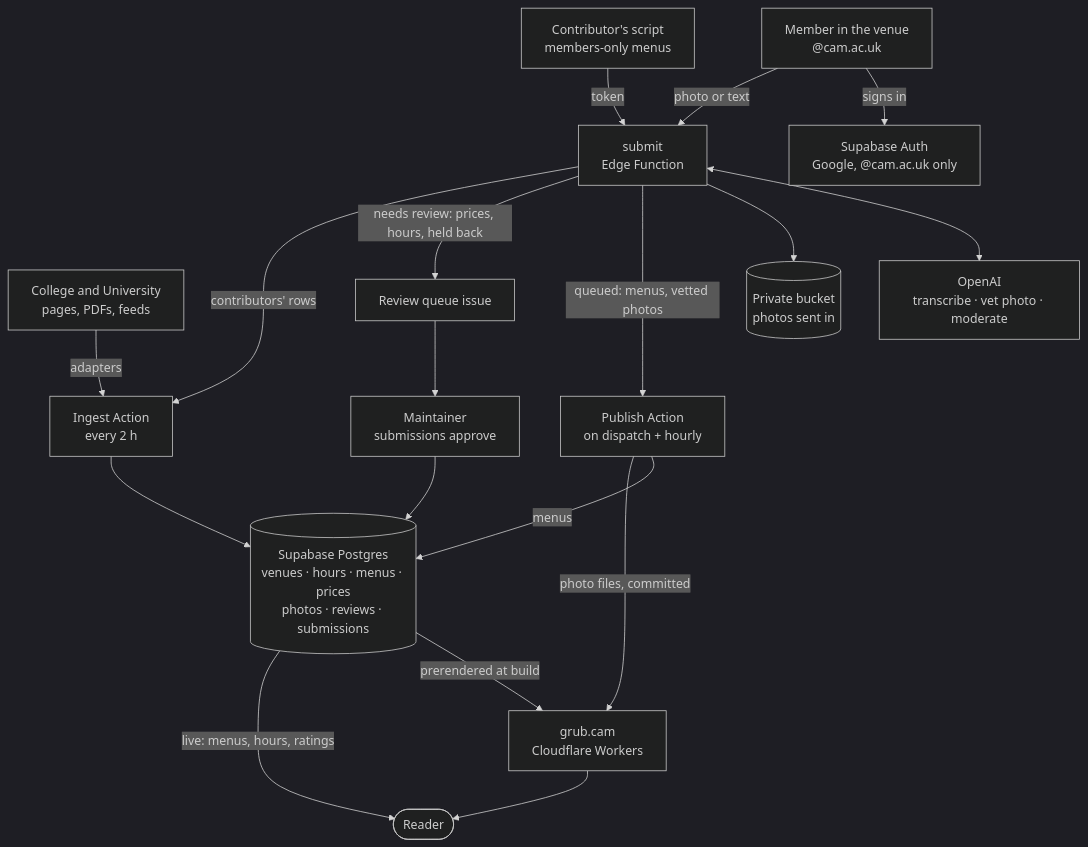
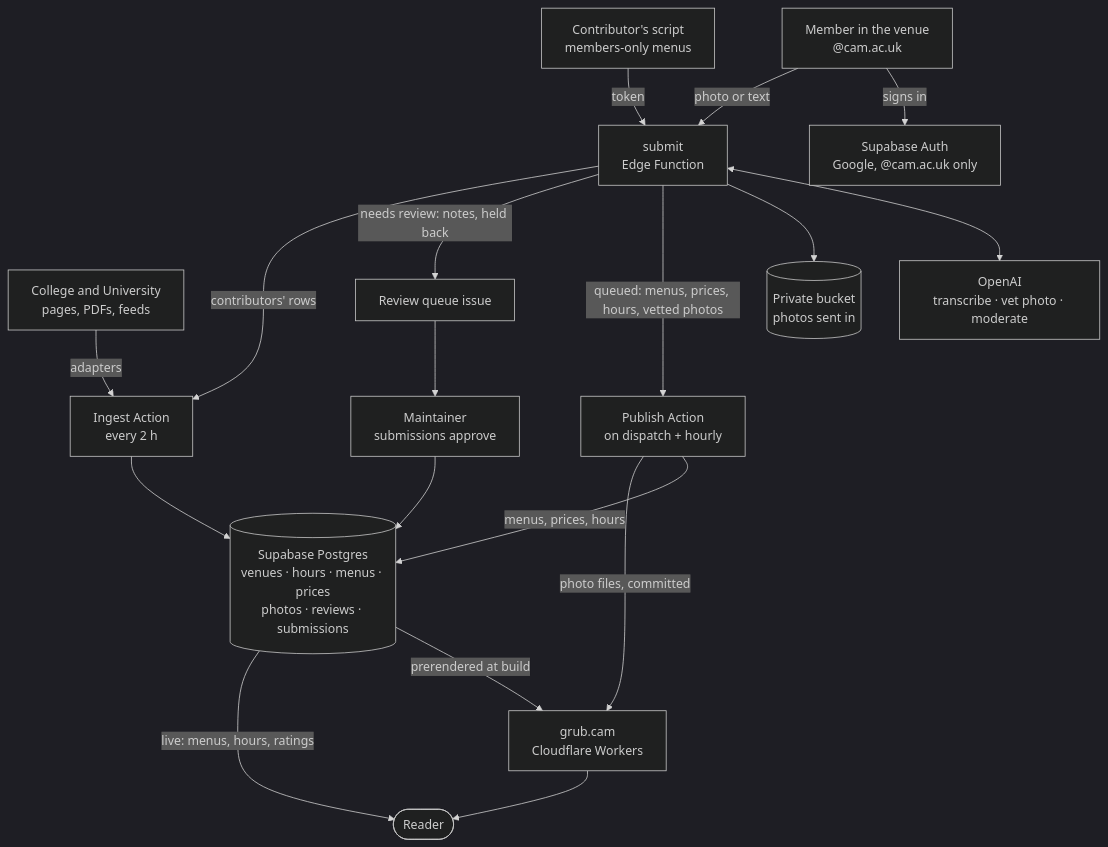
The diagram in README.md (giuulio/grub.cam), drawn with Mermaid (dark theme) before and after one commit. The commit also changed other lines of this file and 13 other files, not shown here.

````diff
--- a/README.md
+++ b/README.md
@@ -15,38 +15,38 @@
 ```mermaid
 flowchart TB
   web["College and University<br/>pages, PDFs, feeds"]
   member["Member in the venue<br/>@cam.ac.uk"]
   contrib["Contributor's script<br/>members-only menus"]
 
   auth["Supabase Auth<br/>Google, @cam.ac.uk only"]
   submit["submit<br/>Edge Function"]
   openai["OpenAI<br/>transcribe · vet photo · moderate"]
   bucket[("Private bucket<br/>photos sent in")]
 
   ingest["Ingest Action<br/>every 2 h"]
   publish["Publish Action<br/>on dispatch + hourly"]
   queue["Review queue issue"]
   you["Maintainer<br/>submissions approve"]
 
   db[("Supabase Postgres<br/>venues · hours · menus · prices<br/>photos · reviews · submissions")]
   site["grub.cam<br/>Cloudflare Workers"]
   reader(["Reader"])
 
   member -- signs in --> auth
   member -- "photo or text" --> submit
   contrib -- token --> submit
   submit <--> openai
   submit --> bucket
   web -- adapters --> ingest
-  submit -- "queued: menus, vetted photos" --> publish
-  submit -- "needs review: prices, hours, held back" --> queue
+  submit -- "queued: menus, prices, hours, vetted photos" --> publish
+  submit -- "needs review: notes, held back" --> queue
   submit -- "contributors' rows" --> ingest
   queue --> you
   ingest --> db
-  publish -- menus --> db
+  publish -- "menus, prices, hours" --> db
   you --> db
   publish -- "photo files, committed" --> site
   db -- "prerendered at build" --> site
   db -- "live: menus, hours, ratings" --> reader
   site --> reader
 ```
````
